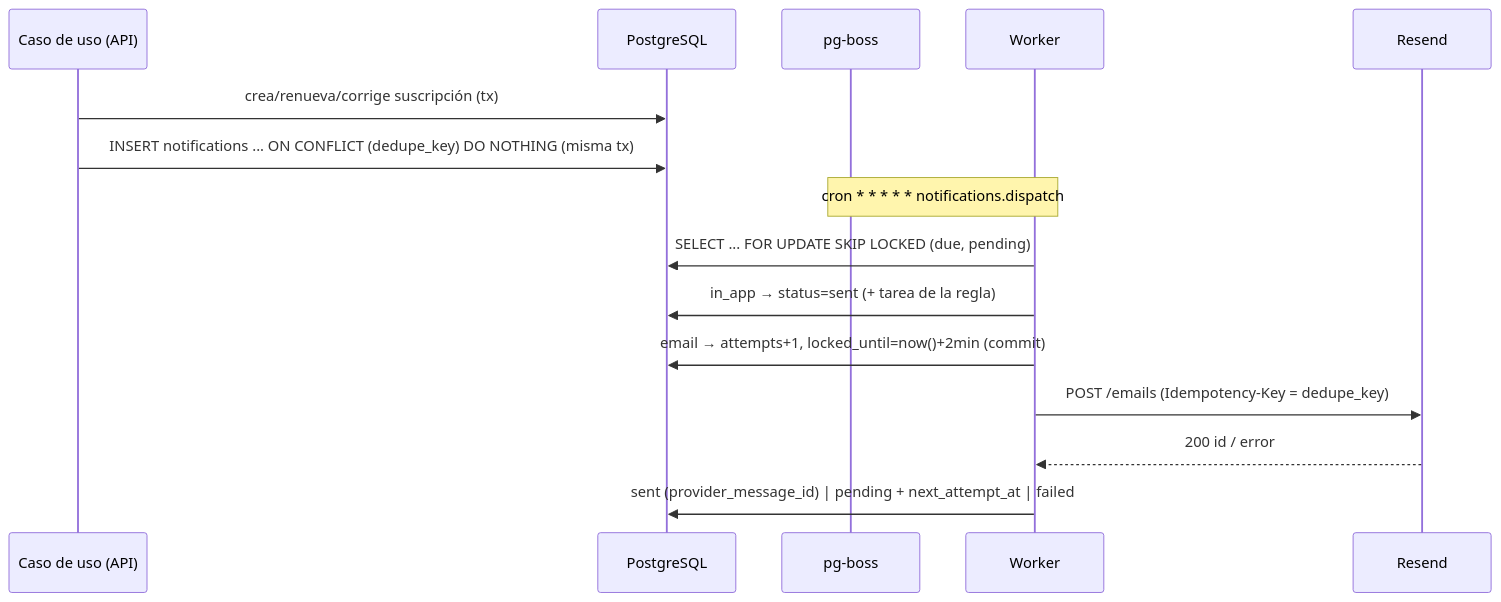
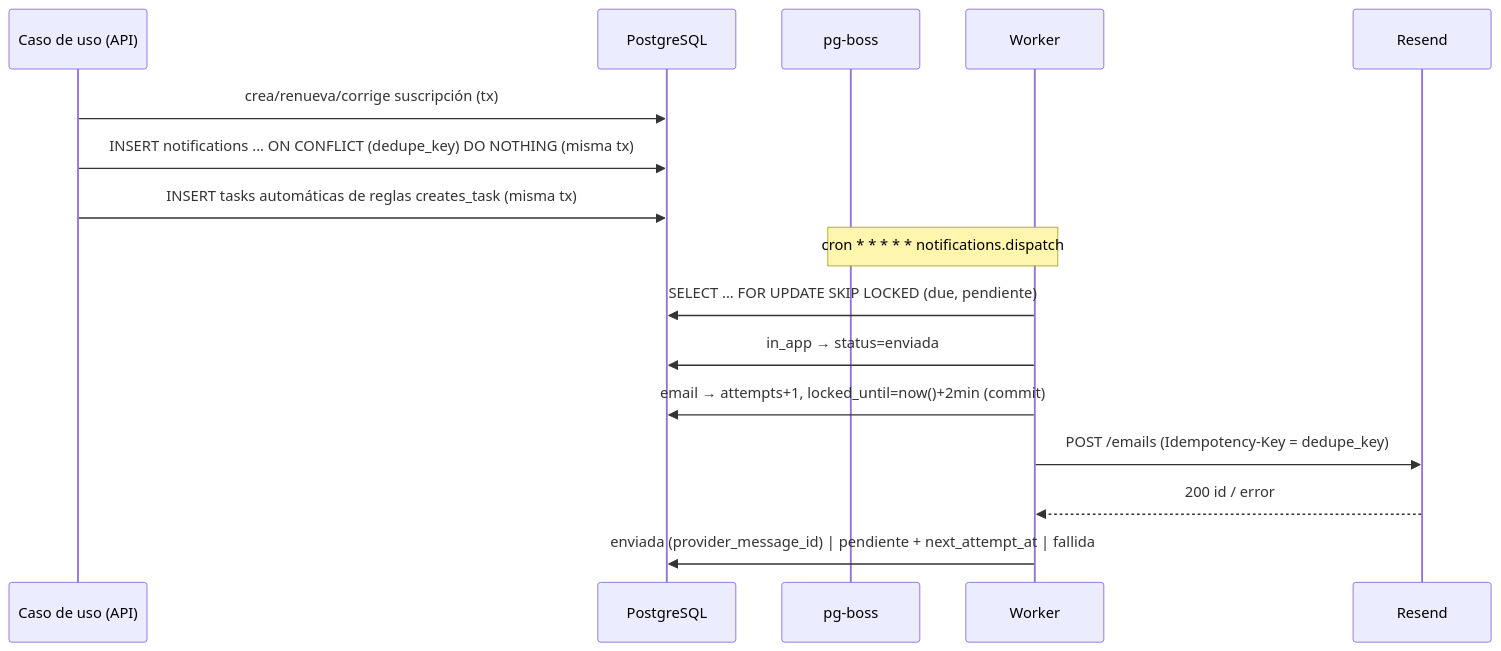
Before and after one commit to DeibyRamirez/Gestion_Fabsoft: the first of 2 diagrams in docs/notifications.md, drawn with Mermaid. The commit also changed other lines of this file and 472 other files, not shown here.

````diff
--- a/docs/notifications.md
+++ b/docs/notifications.md
@@ -29,17 +30,18 @@
 ```mermaid
 sequenceDiagram
   participant UC as Caso de uso (API)
   participant DB as PostgreSQL
   participant Q as pg-boss
   participant W as Worker
   participant R as Resend
   UC->>DB: crea/renueva/corrige suscripción (tx)
   UC->>DB: INSERT notifications ... ON CONFLICT (dedupe_key) DO NOTHING (misma tx)
+  UC->>DB: INSERT tasks automáticas de reglas creates_task (misma tx)
   Note over Q,W: cron * * * * * notifications.dispatch
-  W->>DB: SELECT ... FOR UPDATE SKIP LOCKED (due, pending)
-  W->>DB: in_app → status=sent (+ tarea de la regla)
+  W->>DB: SELECT ... FOR UPDATE SKIP LOCKED (due, pendiente)
+  W->>DB: in_app → status=enviada
   W->>DB: email → attempts+1, locked_until=now()+2min (commit)
   W->>R: POST /emails (Idempotency-Key = dedupe_key)
   R-->>W: 200 id / error
-  W->>DB: sent (provider_message_id) | pending + next_attempt_at | failed
+  W->>DB: enviada (provider_message_id) | pendiente + next_attempt_at | fallida
 ```
````
